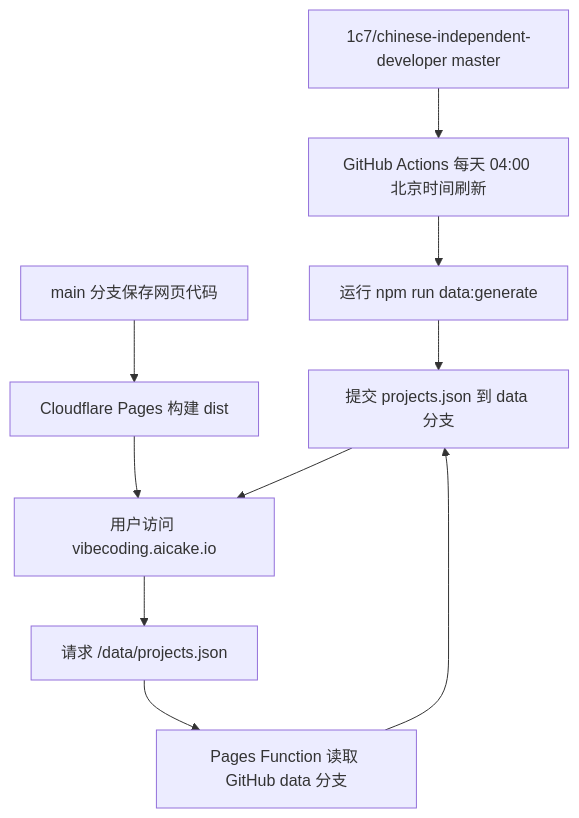
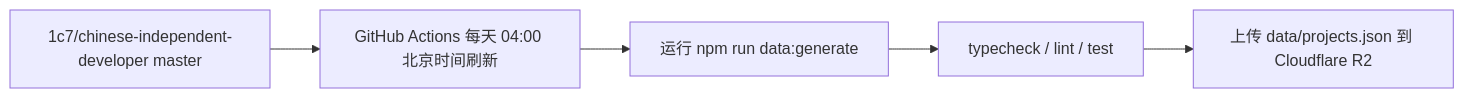
The first of 2 diagrams in README.md (xiaomingio/vibe-coding-atlas), drawn with Mermaid before and after one commit. The commit also changed other lines of this file and 8 other files, not shown here.

````diff
--- a/README.md
+++ b/README.md
@@ -45,12 +47,7 @@
 ```mermaid
-flowchart TD
+flowchart LR
   upstream["1c7/chinese-independent-developer master"] --> action["GitHub Actions 每天 04:00 北京时间刷新"]
   action --> generate["运行 npm run data:generate"]
-  generate --> dataBranch["提交 projects.json 到 data 分支"]
-  mainBranch["main 分支保存网页代码"] --> pages["Cloudflare Pages 构建 dist"]
-  pages --> browser["用户访问 vibecoding.aicake.io"]
-  browser --> endpoint["请求 /data/projects.json"]
-  endpoint --> function["Pages Function 读取 GitHub data 分支"]
-  function --> dataBranch
-  dataBranch --> browser
+  generate --> verify["typecheck / lint / test"]
+  verify --> r2Upload["上传 data/projects.json 到 Cloudflare R2"]
 ```
````
